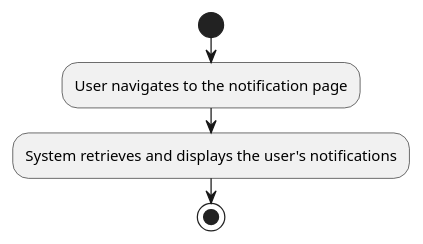
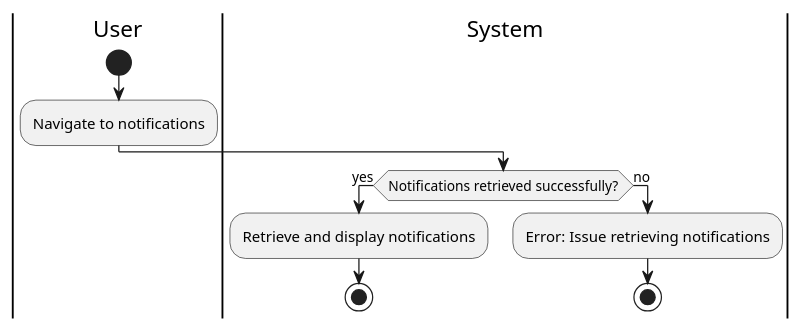
One commit to tungbeo0221/Forked-crosscodex.github.io changed the sixth of 22 diagrams in docs/checkpoint_1/use_cases.md. Above: the diagram before and after it, drawn with PlantUML. The commit also changed other lines of this file and 39 other files, not shown here.

````diff
--- a/docs/checkpoint_1/use_cases.md
+++ b/docs/checkpoint_1/use_cases.md
@@ -160,8 +190,16 @@
 ```plantuml
 @startuml
+|User|
 start
-:User navigates to the notification page;
-:System retrieves and displays the user's notifications;
-stop
+:Navigate to notifications;
+|System|
+if (Notifications retrieved successfully?) then (yes)
+  :Retrieve and display notifications;
+  stop
+else (no)
+  :Error: Issue retrieving notifications;
+  stop
+endif
 @enduml
+
 ```
````
